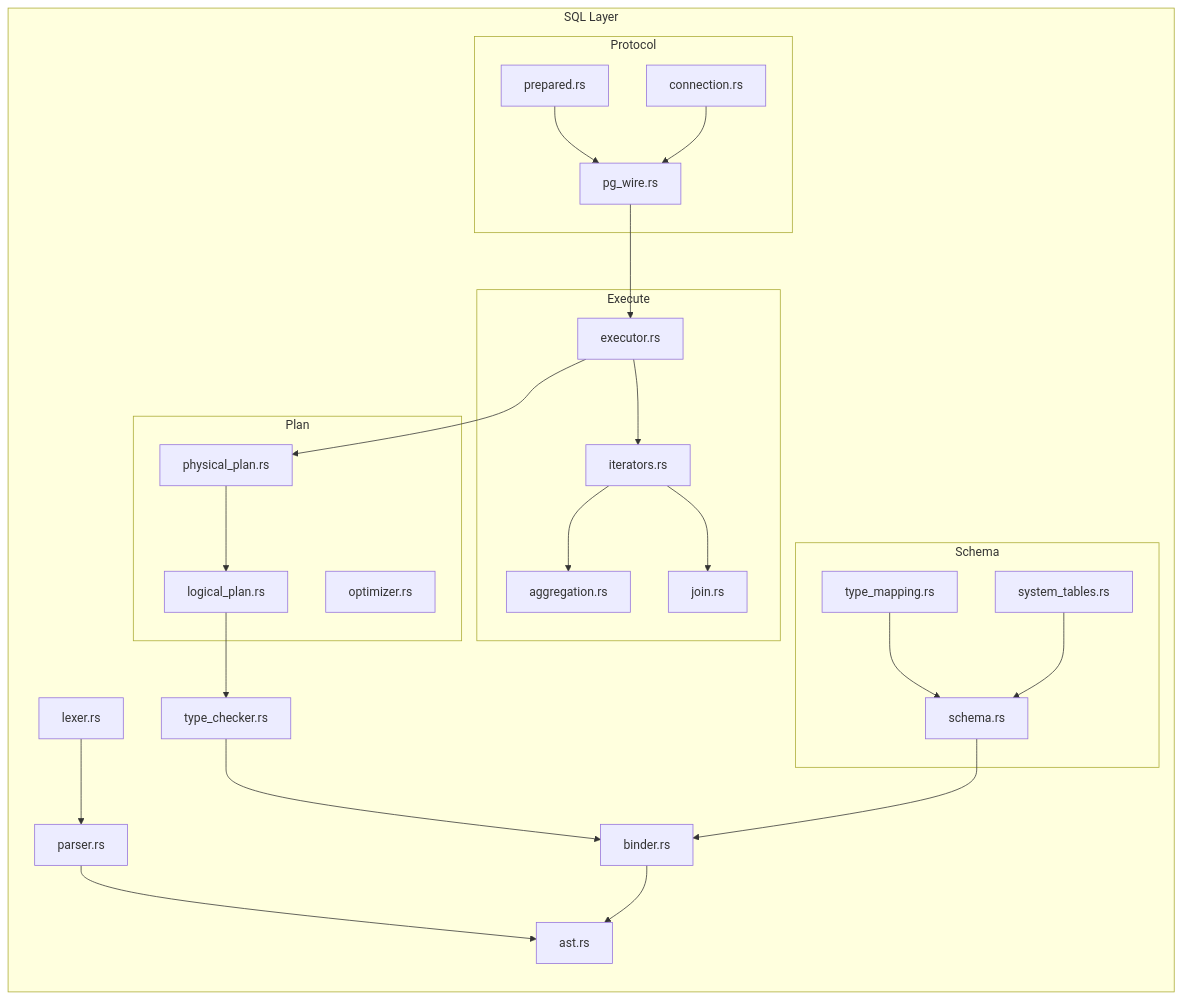
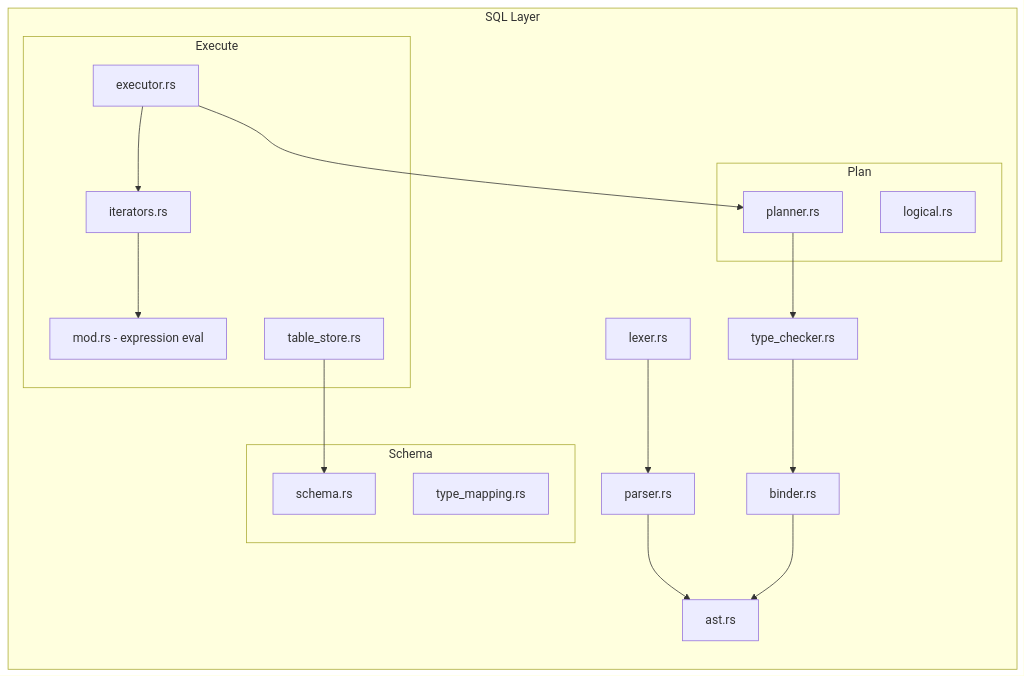
The third of 6 diagrams in docs/21-sql-layer.md (Icarus-afk/Nova-Runtime), drawn with Mermaid before and after one commit. The commit also changed other lines of this file and 7 other files, not shown here.

First line of the commit message:
Update architecture docs to match Phase 3 implementation

````diff
--- a/docs/21-sql-layer.md
+++ b/docs/21-sql-layer.md
@@ -145,52 +134,37 @@
 ```mermaid
 flowchart LR
     subgraph "SQL Layer"
         LexerMod[lexer.rs]
         ParserMod[parser.rs]
         ASTMod[ast.rs]
         BinderMod[binder.rs]
         TypeCheckerMod[type_checker.rs]
         
         subgraph "Plan"
-            LogicalMod[logical_plan.rs]
-            PhysicalMod[physical_plan.rs]
-            OptimizerMod[optimizer.rs]
+            LogicalMod[logical.rs]
+            PlannerMod[planner.rs]
         end
         
         subgraph "Execute"
             ExecutorMod[executor.rs]
             IteratorsMod[iterators.rs]
-            AggregationMod[aggregation.rs]
-            JoinMod[join.rs]
-        end
-        
-        subgraph "Protocol"
-            PGWireMod[pg_wire.rs]
-            ConnectionMod[connection.rs]
-            PreparedMod[prepared.rs]
+            EvalMod[mod.rs - expression eval]
+            TableStoreMod[table_store.rs]
         end
         
         subgraph "Schema"
             SchemaMod[schema.rs]
             TypeMapMod[type_mapping.rs]
-            SystemTablesMod[system_tables.rs]
         end
     end
     
     ParserMod --> ASTMod
     BinderMod --> ASTMod
     LexerMod --> ParserMod
     TypeCheckerMod --> BinderMod
-    LogicalMod --> TypeCheckerMod
-    PhysicalMod --> LogicalMod
-    ExecutorMod --> PhysicalMod
+    PlannerMod --> TypeCheckerMod
+    ExecutorMod --> PlannerMod
     ExecutorMod --> IteratorsMod
-    IteratorsMod --> AggregationMod
-    IteratorsMod --> JoinMod
-    PGWireMod --> ExecutorMod
-    PreparedMod --> PGWireMod
-    ConnectionMod --> PGWireMod
-    SchemaMod --> BinderMod
-    TypeMapMod --> SchemaMod
-    SystemTablesMod --> SchemaMod
+    IteratorsMod --> EvalMod
+    TableStoreMod --> SchemaMod
 ```
````
